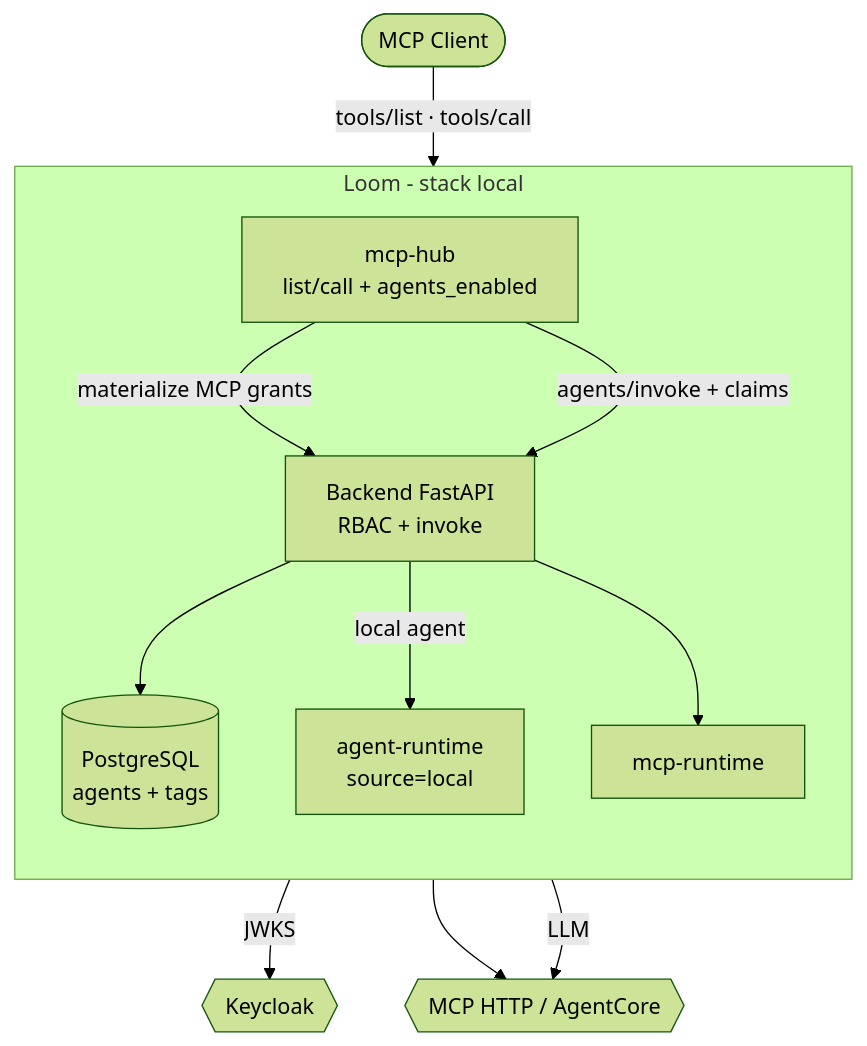
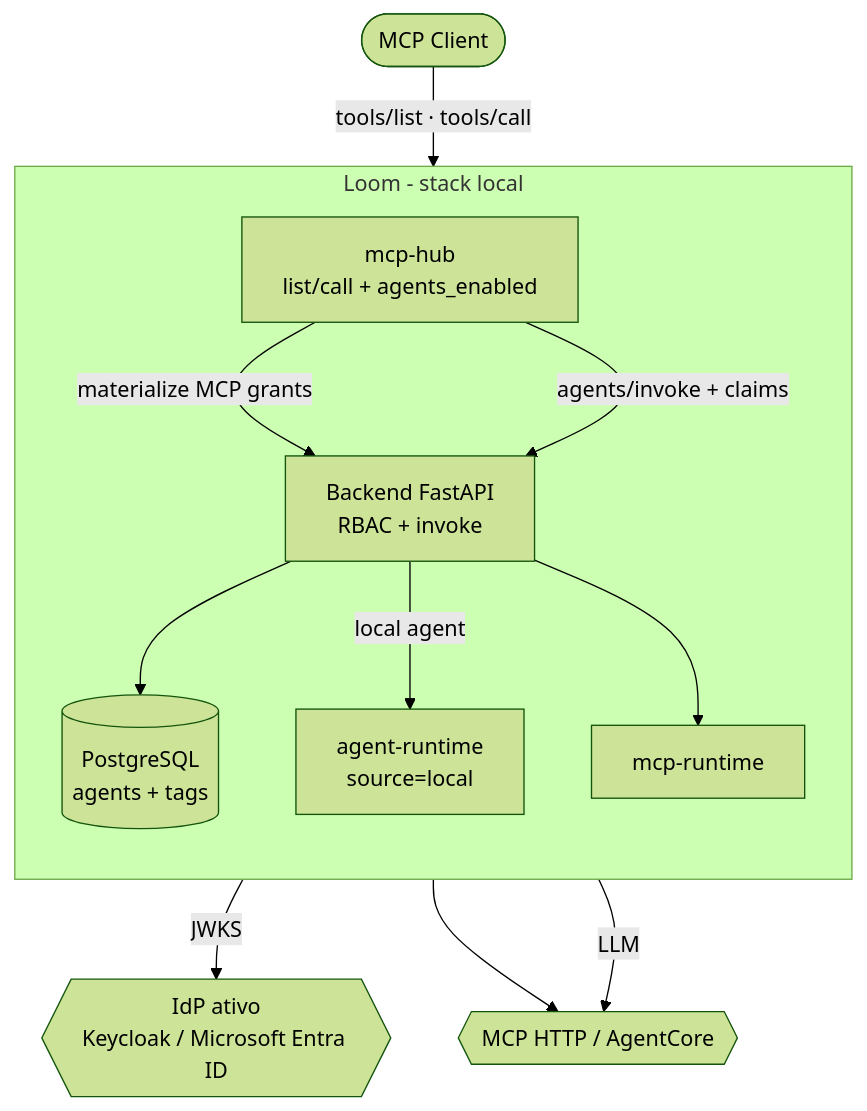
Before and after one commit to awslabs/loom: the second of 3 diagrams in docs/adr/0012-mcp-hub-agents-as-tools.md, drawn with Mermaid (forest theme). The commit also changed other lines of this file and 12 other files, not shown here.

````diff
--- a/docs/adr/0012-mcp-hub-agents-as-tools.md
+++ b/docs/adr/0012-mcp-hub-agents-as-tools.md
@@ -132,26 +132,26 @@
 ```mermaid
 flowchart TB
   ide(["MCP Client"])
 
   subgraph loom["Loom - stack local"]
     direction TB
     hub["mcp-hub<br/>list/call + agents_enabled"]
     be["Backend FastAPI<br/>RBAC + invoke"]
     ar["agent-runtime<br/>source=local"]
     mr["mcp-runtime"]
     db[("PostgreSQL<br/>agents + tags")]
   end
 
-  idp{{"Keycloak"}}
+  idp{{"IdP ativo<br/>Keycloak / Microsoft Entra ID"}}
   remote{{"MCP HTTP / AgentCore"}}
 
   ide -->|"tools/list · tools/call"| hub
   hub -->|"JWKS"| idp
   hub -->|"materialize MCP grants"| be
   hub -->|"agents/invoke + claims"| be
   be --> db
   be -->|"local agent"| ar
   be --> mr
   be --> remote
   ar -->|"LLM"| remote
 ```
````
